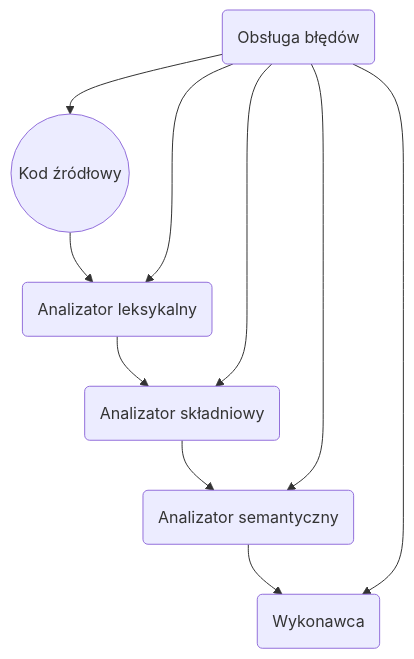
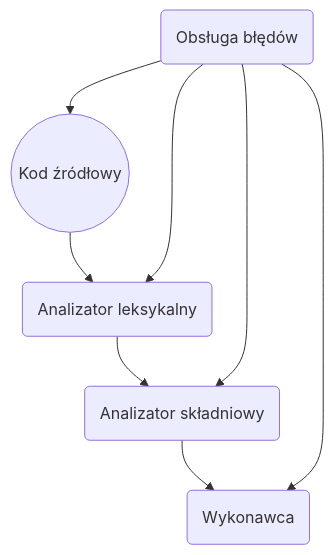
Before and after one commit to janBorowy/basic-interpreter: the diagram in projekt_wstepny.md, drawn with Mermaid. The commit also changed 12 other files, not shown here.

````diff
--- a/projekt_wstepny.md
+++ b/projekt_wstepny.md
@@ -470,13 +470,12 @@
 ```mermaid
 flowchart TD
     sourceCode((Kod źródłowy))
     lexicalAnalyzer(Analizator leksykalny)
     syntaxAnalyzer(Analizator składniowy)
-    semanticAnalyzer(Analizator semantyczny)
-    executer(Wykonawca)
+    executor(Wykonawca)
     errorHandling(Obsługa błędów)
     
-    sourceCode --> lexicalAnalyzer --> syntaxAnalyzer --> semanticAnalyzer --> executer
-    errorHandling --> sourceCode & lexicalAnalyzer & syntaxAnalyzer & semanticAnalyzer & executer
+    sourceCode --> lexicalAnalyzer --> syntaxAnalyzer  --> executor
+    errorHandling --> sourceCode & lexicalAnalyzer & syntaxAnalyzer & executor
     
 ```
````
